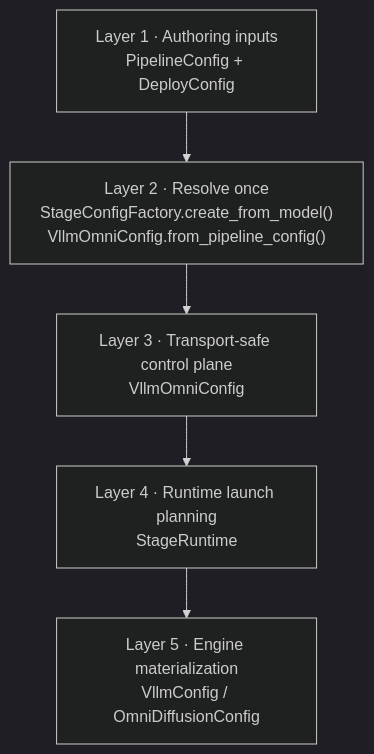
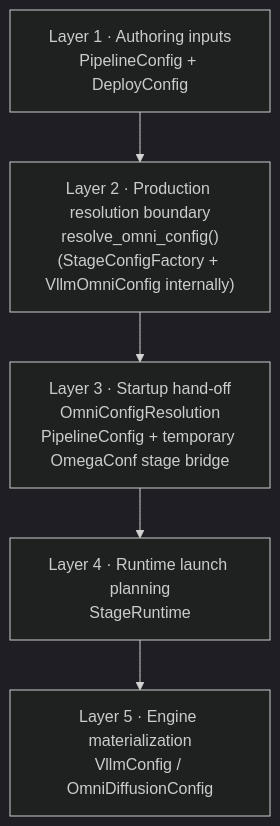
One commit to haic0/vllm-omni changed the second of 3 diagrams in docs/design/architecture_overview.md. Above: the diagram before and after it, drawn with Mermaid (dark theme). The commit also changed other lines of this file and 22 other files, not shown here.

Commit message:
[Refactor 1/N] Centralize Omni config resolution (#5140)

````diff
--- a/docs/design/architecture_overview.md
+++ b/docs/design/architecture_overview.md
@@ -323,10 +323,10 @@
 ```mermaid
 flowchart TB
     layer1["Layer 1 · Authoring inputs<br/>PipelineConfig + DeployConfig"]
-    layer2["Layer 2 · Resolve once<br/>StageConfigFactory.create_from_model()<br/>VllmOmniConfig.from_pipeline_config()"]
-    layer3["Layer 3 · Transport-safe control plane<br/>VllmOmniConfig"]
+    layer2["Layer 2 · Production resolution boundary<br/>resolve_omni_config()<br/>(StageConfigFactory + VllmOmniConfig internally)"]
+    layer3["Layer 3 · Startup hand-off<br/>OmniConfigResolution<br/>PipelineConfig + temporary OmegaConf stage bridge"]
     layer4["Layer 4 · Runtime launch planning<br/>StageRuntime"]
     layer5["Layer 5 · Engine materialization<br/>VllmConfig / OmniDiffusionConfig"]
 
     layer1 --> layer2 --> layer3 --> layer4 --> layer5
 ```
````
